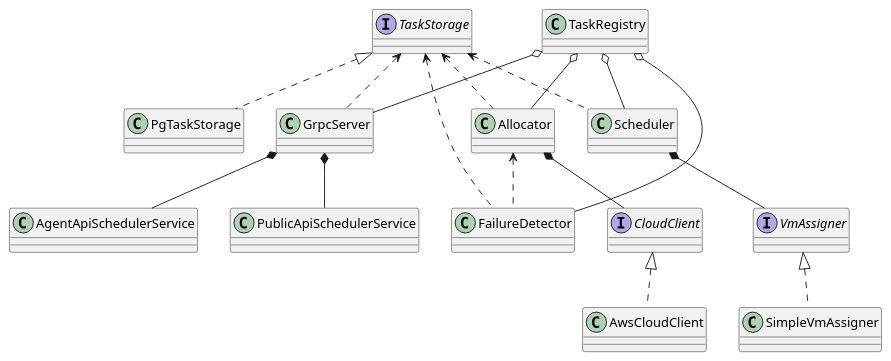
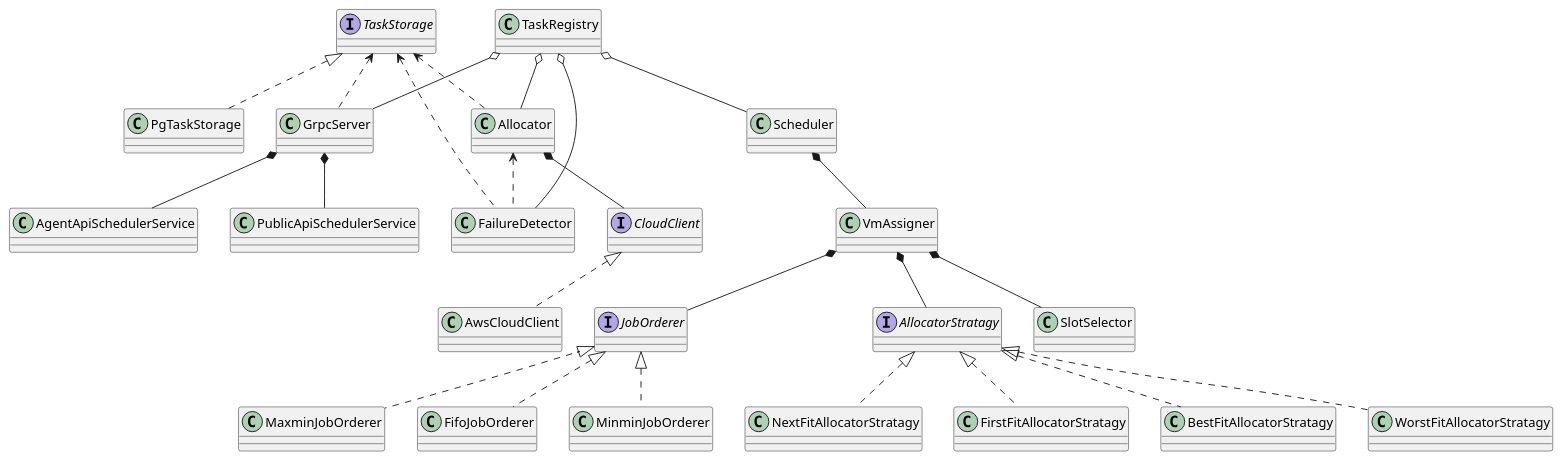
One commit to yutsareva/vm-scheduler changed the diagram in docs/uml-diagrams/classes.puml. Above: the diagram before and after it, drawn with PlantUML.

```diff
--- a/docs/uml-diagrams/classes.puml
+++ b/docs/uml-diagrams/classes.puml
@@ -1,40 +1,56 @@
 @startuml
 
 interface TaskStorage
 class PgTaskStorage
 TaskStorage <|.. PgTaskStorage
 
 class Allocator
 interface CloudClient
 class AwsCloudClient
 
 Allocator *-- CloudClient
 CloudClient <|.. AwsCloudClient
 TaskStorage <.. Allocator
 
 class Scheduler
-interface VmAssigner
-class SimpleVmAssigner
+class VmAssigner
+interface JobOrderer
+class FifoJobOrderer
+class MinminJobOrderer
+class MaxminJobOrderer
+interface AllocatorStratagy
+class BestFitAllocatorStratagy
+class WorstFitAllocatorStratagy
+class NextFitAllocatorStratagy
+class FirstFitAllocatorStratagy
 
 Scheduler *-- VmAssigner
-VmAssigner <|.. SimpleVmAssigner
-TaskStorage <.. Scheduler
+VmAssigner *-- JobOrderer
+JobOrderer <|.. FifoJobOrderer
+JobOrderer <|.. MinminJobOrderer
+JobOrderer <|.. MaxminJobOrderer
+VmAssigner *-- AllocatorStratagy
+AllocatorStratagy <|.. BestFitAllocatorStratagy
+AllocatorStratagy <|.. WorstFitAllocatorStratagy
+AllocatorStratagy <|.. NextFitAllocatorStratagy
+AllocatorStratagy <|.. FirstFitAllocatorStratagy
+VmAssigner *-- SlotSelector
 
 class FailureDetector
 Allocator <.. FailureDetector
 TaskStorage <.. FailureDetector
 
 class GrpcServer
 class AgentApiSchedulerService
 class PublicApiSchedulerService
 TaskStorage <.. GrpcServer
 GrpcServer *-- AgentApiSchedulerService
 GrpcServer *-- PublicApiSchedulerService
 
 class TaskRegistry
 TaskRegistry o-- Allocator
 TaskRegistry o-- Scheduler
 TaskRegistry o-- FailureDetector
 TaskRegistry o-- GrpcServer
 
 @enduml
```
